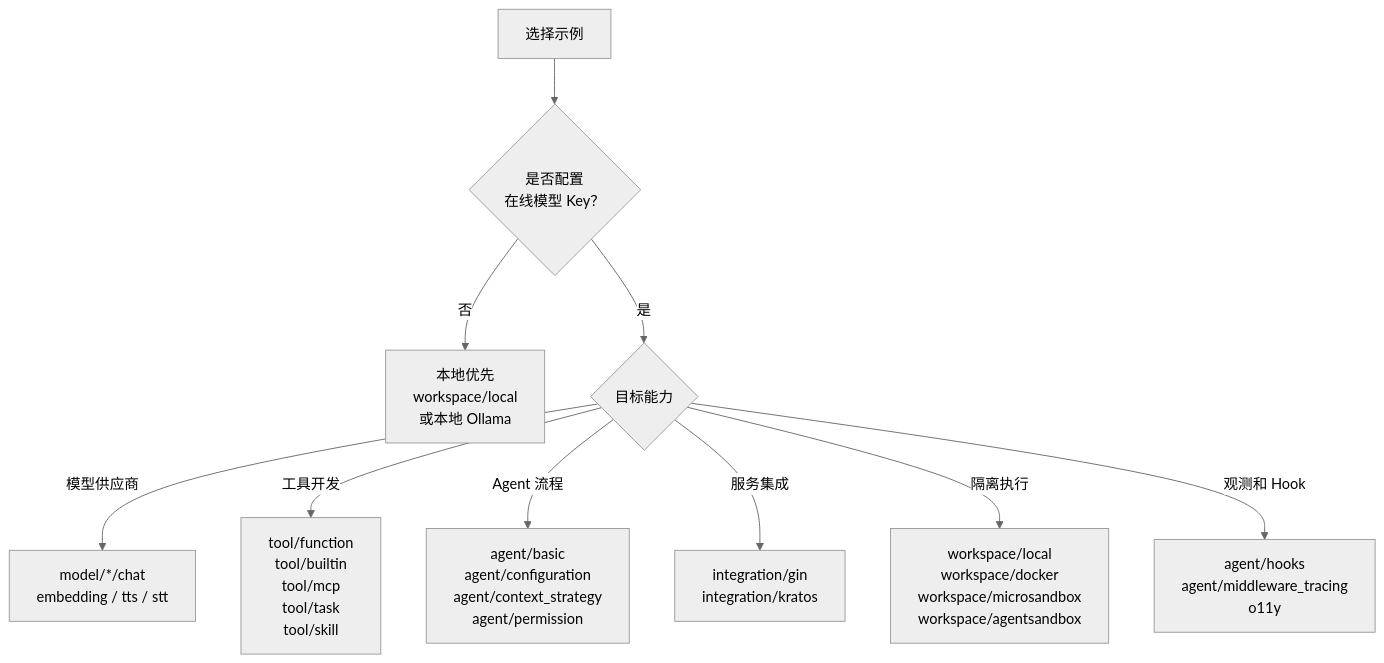
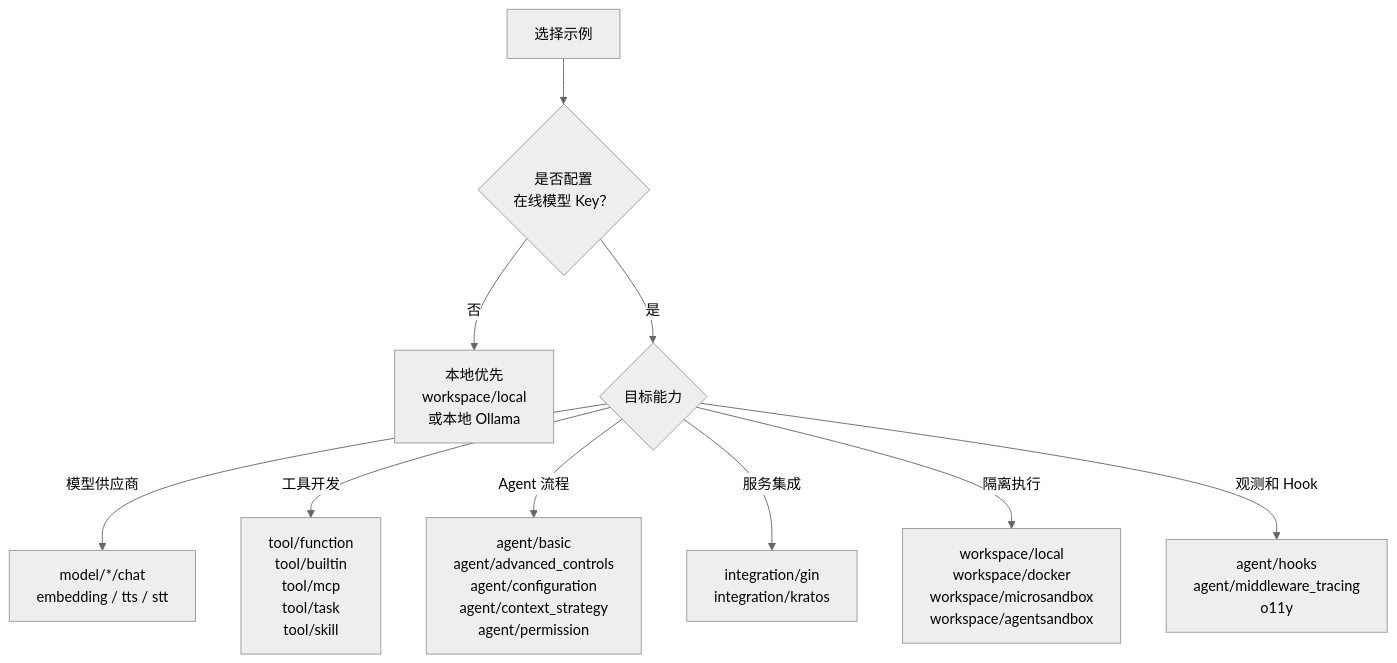
Before and after one commit to yuluo-yx/agentscope-go: the diagram in docs/zh/task/examples.md, drawn with Mermaid (neutral theme). The commit also changed other lines of this file and 50 other files, not shown here.

````diff
--- a/docs/zh/task/examples.md
+++ b/docs/zh/task/examples.md
@@ -25,12 +25,12 @@
 ```{mermaid}
 flowchart TD
     Start["选择示例"] --> HasKey{"是否配置<br/>在线模型 Key？"}
     HasKey -- 否 --> Local["本地优先<br/>workspace/local<br/>或本地 Ollama"]
     HasKey -- 是 --> Goal{"目标能力"}
     Goal -- 模型供应商 --> Model["model/*/chat<br/>embedding / tts / stt"]
     Goal -- 工具开发 --> Tools["tool/function<br/>tool/builtin<br/>tool/mcp<br/>tool/task<br/>tool/skill"]
-    Goal -- Agent 流程 --> Agent["agent/basic<br/>agent/configuration<br/>agent/context_strategy<br/>agent/permission"]
+    Goal -- Agent 流程 --> Agent["agent/basic<br/>agent/advanced_controls<br/>agent/configuration<br/>agent/context_strategy<br/>agent/permission"]
     Goal -- 服务集成 --> Integration["integration/gin<br/>integration/kratos"]
     Goal -- 隔离执行 --> Sandbox["workspace/local<br/>workspace/docker<br/>workspace/microsandbox<br/>workspace/agentsandbox"]
     Goal -- 观测和 Hook --> Hooks["agent/hooks<br/>agent/middleware_tracing<br/>o11y"]
 ```
````
